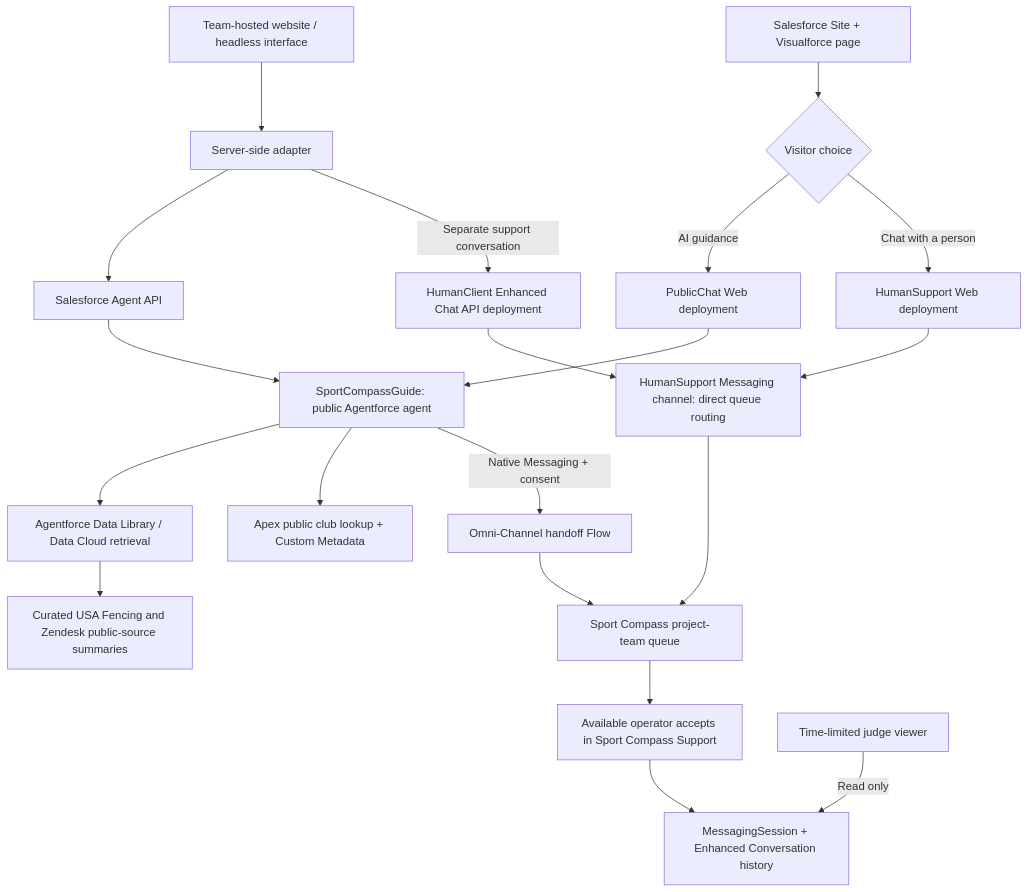
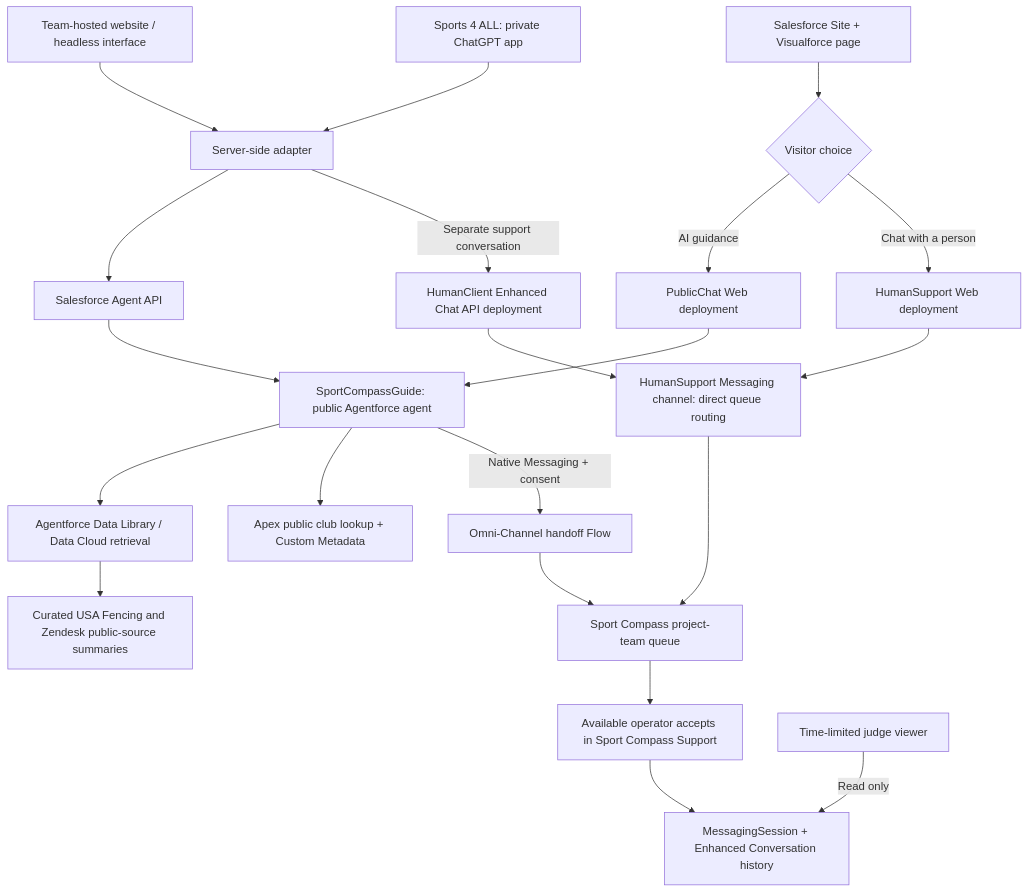
One commit to gpallavi704/sports-for-all-agentforce changed the diagram in README.md. Above: the diagram before and after it, drawn with Mermaid. The commit also changed other lines of this file and 7 other files, not shown here.

Commit message:
Update current architecture diagrams and archive earlier concepts

````diff
--- a/README.md
+++ b/README.md
@@ -93,22 +108,23 @@
 ```mermaid
 flowchart TD
     Web["Team-hosted website / headless interface"] --> Backend["Server-side adapter"]
+    PrivateApp["Sports 4 ALL: private ChatGPT app"] --> Backend
     Backend --> API["Salesforce Agent API"]
     API --> Guide["SportCompassGuide: public Agentforce agent"]
     Public["Salesforce Site + Visualforce page"] --> Choice{"Visitor choice"}
     Choice -->|"AI guidance"| AIWeb["PublicChat Web deployment"]
     AIWeb --> Guide
     Guide --> Knowledge["Agentforce Data Library / Data Cloud retrieval"]
     Knowledge --> Sources["Curated USA Fencing and Zendesk public-source summaries"]
     Guide --> Lookup["Apex public club lookup + Custom Metadata"]
     Guide -->|"Native Messaging + consent"| Flow["Omni-Channel handoff Flow"]
     Flow --> Queue["Sport Compass project-team queue"]
     Choice -->|"Chat with a person"| HumanWeb["HumanSupport Web deployment"]
     HumanWeb --> HumanChannel["HumanSupport Messaging channel: direct queue routing"]
     Backend -->|"Separate support conversation"| HumanAPI["HumanClient Enhanced Chat API deployment"]
     HumanAPI --> HumanChannel
     HumanChannel --> Queue
     Queue --> Operator["Available operator accepts in Sport Compass Support"]
     Operator --> Records["MessagingSession + Enhanced Conversation history"]
     Judge["Time-limited judge viewer"] -->|"Read only"| Records
 ```
````
